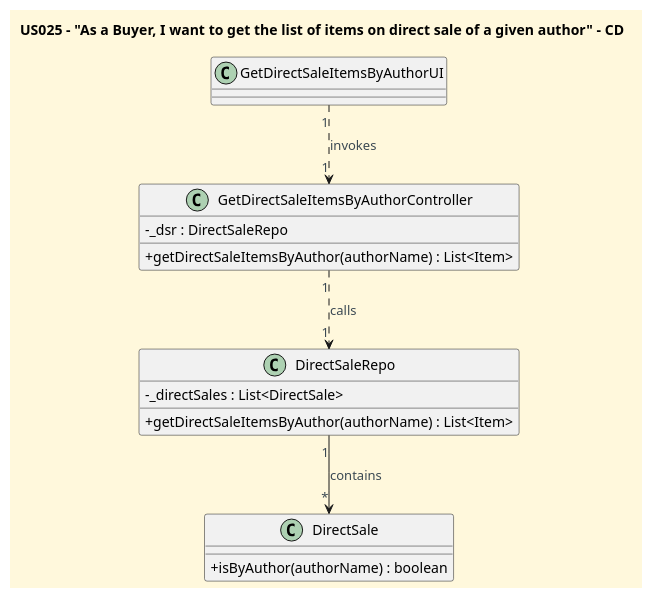
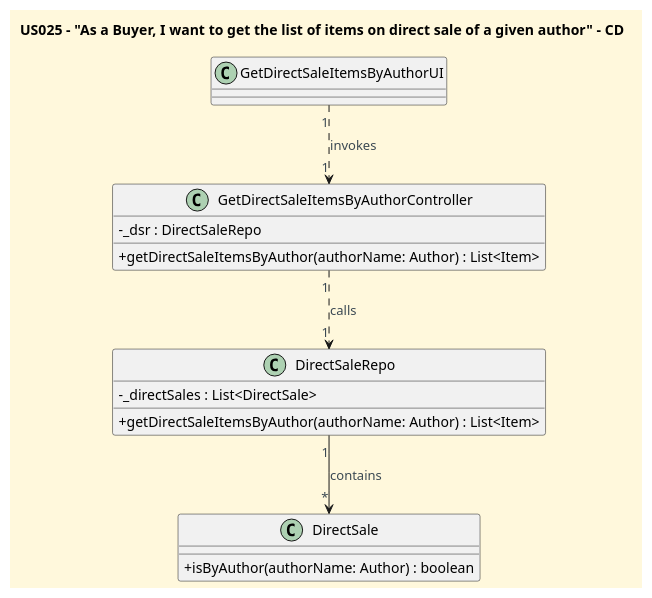
One commit to CarolinaLeite-collab/JavaMarketplacePlatform changed the diagram in docs/userStories/US025/US025_get_list_of_items_on_direct_sale_of_given_author_CD.puml. Above: the diagram before and after it, drawn with PlantUML.

Commit message:
#112 - fixed CD diagram

```diff
--- a/docs/userStories/US025/US025_get_list_of_items_on_direct_sale_of_given_author_CD.puml
+++ b/docs/userStories/US025/US025_get_list_of_items_on_direct_sale_of_given_author_CD.puml
@@ -1,45 +1,45 @@
 @startuml
 'https://plantuml.com/class-diagram
 title US025 – "As a Buyer, I want to get the list of items on direct sale of a given author" - CD
 
 
 '==== basic style ====
 skinparam monochrome false
 skinparam shadowing false
 skinparam defaultFontName Futura
 skinparam objectFontSize 20
 skinparam backgroundColor CornSilk
 skinparam objectBackgroundColor WhiteSmoke
 skinparam noteBackgroundColor #FFFFE0
 skinparam ArrowFontColor #3B4953
 skinparam ActivationBackgroundColor black
 skinparam classAttributeIconSize 0
 
 class GetDirectSaleItemsByAuthorUI {
 
 }
 
 class GetDirectSaleItemsByAuthorController {
 
 - _dsr : DirectSaleRepo
-+ getDirectSaleItemsByAuthor(authorName) : List<Item>
++ getDirectSaleItemsByAuthor(authorName: Author) : List<Item>
 }
 
 class DirectSaleRepo {
 
 - _directSales : List<DirectSale>
-+getDirectSaleItemsByAuthor(authorName) : List<Item>
++getDirectSaleItemsByAuthor(authorName: Author) : List<Item>
 
 }
 
 class DirectSale {
 
-+isByAuthor(authorName) : boolean
++isByAuthor(authorName: Author) : boolean
 
 }
 
 GetDirectSaleItemsByAuthorUI "1" ..> "1" GetDirectSaleItemsByAuthorController : invokes
 GetDirectSaleItemsByAuthorController "1" ..> "1" DirectSaleRepo : calls
 DirectSaleRepo "1" --> "*" DirectSale : contains
 
 @enduml
```
